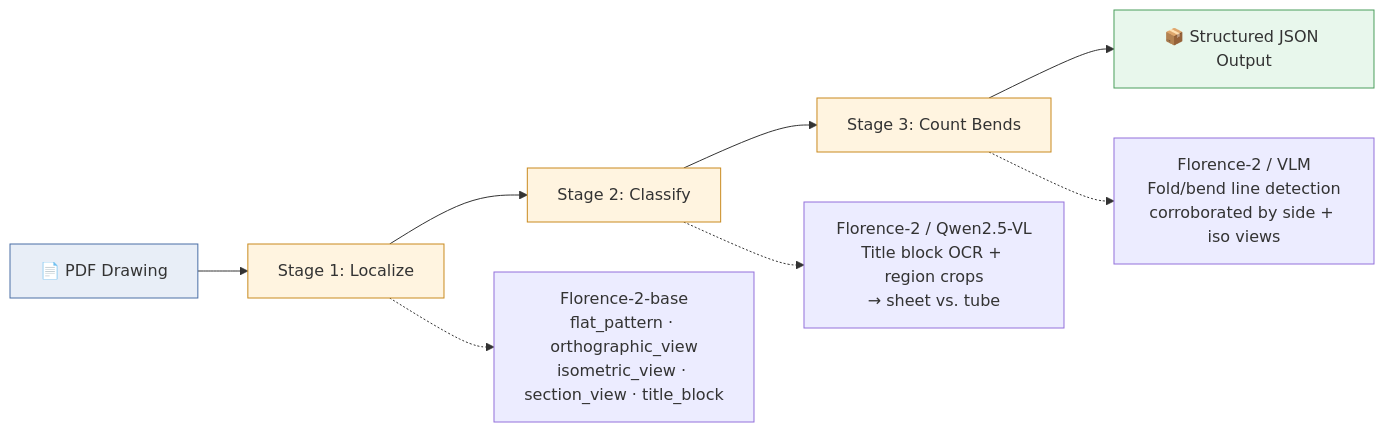
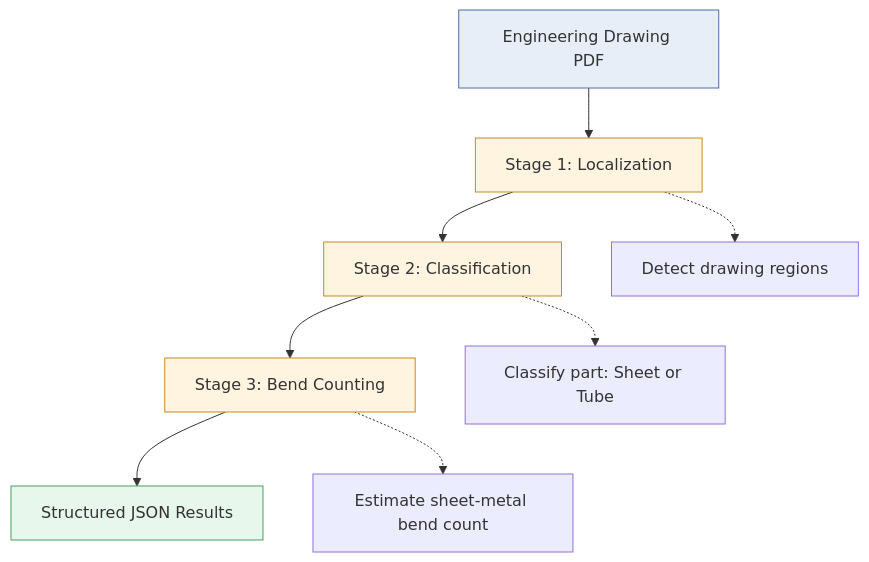
One commit to sandeep079/vlm_drawing_pipeline changed the diagram in README.md. Above: the diagram before and after it, drawn with Mermaid. The commit also changed other lines of this file, not shown here.

````diff
--- a/README.md
+++ b/README.md
@@ -13,17 +32,17 @@
 ```mermaid
-flowchart LR
-    A[📄 PDF Drawing] --> B[Stage 1: Localize]
-    B --> C[Stage 2: Classify]
-    C --> D[Stage 3: Count Bends]
-    D --> E[📦 Structured JSON Output]
+flowchart TD
+    A["Engineering Drawing PDF"] --> B["Stage 1: Localization"]
+    B --> C["Stage 2: Classification"]
+    C --> D["Stage 3: Bend Counting"]
+    D --> E["Structured JSON Results"]
 
-    B -.-> B1["Florence-2-base<br/>flat_pattern · orthographic_view<br/>isometric_view · section_view · title_block"]
-    C -.-> C1["Florence-2 / Qwen2.5-VL<br/>Title block OCR + region crops<br/>→ sheet vs. tube"]
-    D -.-> D1["Florence-2 / VLM<br/>Fold/bend line detection<br/>corroborated by side + iso views"]
+    B -.-> B1["Detect drawing regions"]
+    C -.-> C1["Classify part: Sheet or Tube"]
+    D -.-> D1["Estimate sheet-metal bend count"]
 
     style A fill:#e8eef7,stroke:#4a6fa5
-    style E fill:#e8f7ec,stroke:#4a9e5c
     style B fill:#fff4e0,stroke:#c98a1f
     style C fill:#fff4e0,stroke:#c98a1f
     style D fill:#fff4e0,stroke:#c98a1f
+    style E fill:#e8f7ec,stroke:#4a9e5c
 ```
````
